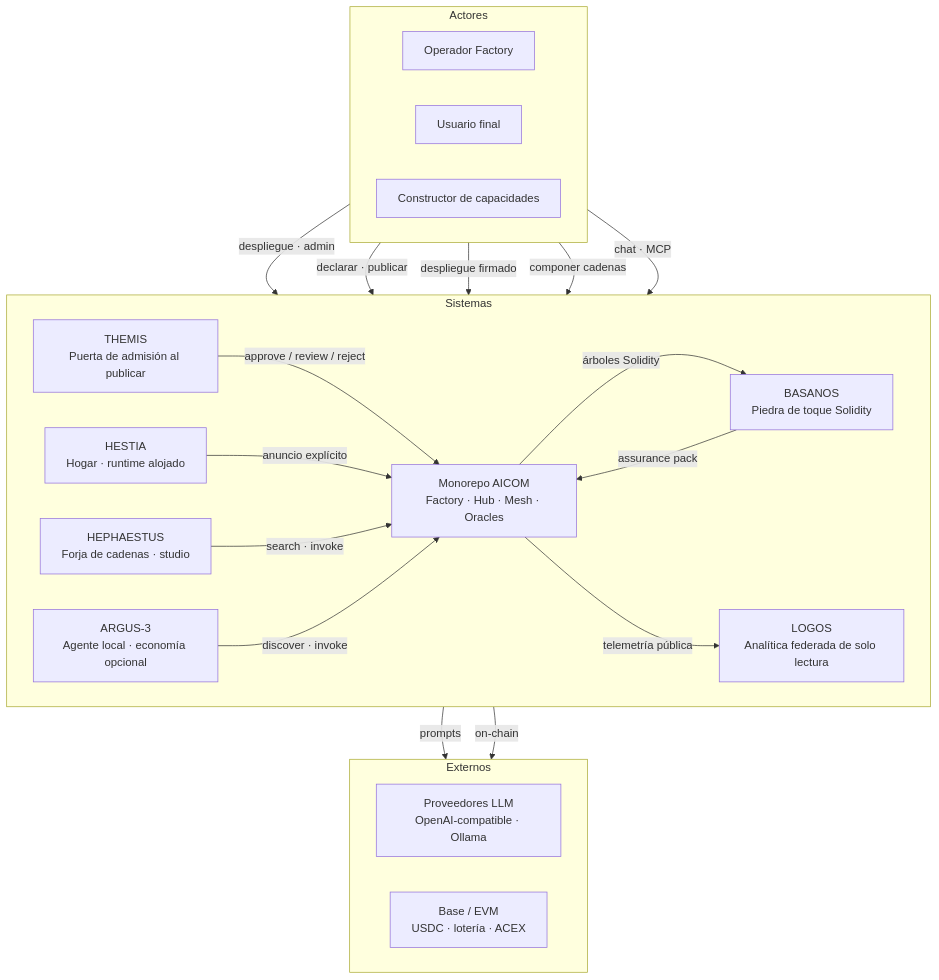
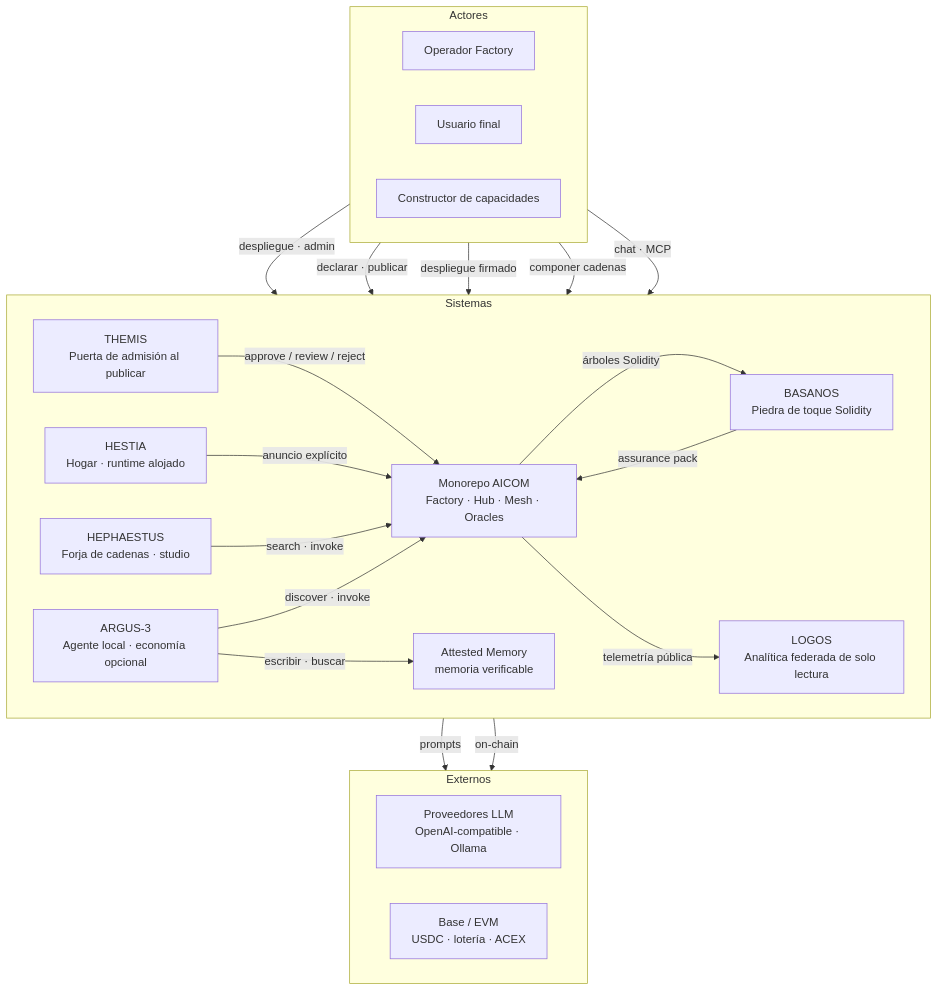
One commit to alexar76/aicom changed the second of 5 diagrams in docs/ecosystem/whitepaper/es.md. Above: the diagram before and after it, drawn with Mermaid. The commit also changed other lines of this file and 99 other files, not shown here.

````diff
--- a/docs/ecosystem/whitepaper/es.md
+++ b/docs/ecosystem/whitepaper/es.md
@@ -144,41 +147,43 @@
 ```mermaid
 flowchart TB
   subgraph actors["Actores"]
     direction LR
     operator["Operador Factory"]
     enduser["Usuario final"]
     builder["Constructor de capacidades"]
   end
 
   subgraph systems["Sistemas"]
     direction LR
     aicom["Monorepo AICOM<br/>Factory · Hub · Mesh · Oracles"]
     themis["THEMIS<br/>Puerta de admisión al publicar"]
     hestia["HESTIA<br/>Hogar · runtime alojado"]
     basanos["BASANOS<br/>Piedra de toque Solidity"]
     hephaestus["HEPHAESTUS<br/>Forja de cadenas · studio"]
     logos["LOGOS<br/>Analítica federada de solo lectura"]
     argus["ARGUS-3<br/>Agente local · economía opcional"]
+    memory["Attested Memory<br/>memoria verificable"]
   end
 
   subgraph external["Externos"]
     direction LR
     llm["Proveedores LLM<br/>OpenAI-compatible · Ollama"]
     chain["Base / EVM<br/>USDC · lotería · ACEX"]
   end
 
   operator -->|despliegue · admin| aicom
   builder -->|declarar · publicar| themis
   themis -->|"approve / review / reject"| aicom
   builder -->|despliegue firmado| hestia
   hestia -->|anuncio explícito| aicom
   enduser -->|componer cadenas| hephaestus
   hephaestus -->|search · invoke| aicom
   aicom -->|árboles Solidity| basanos
   basanos -->|assurance pack| aicom
   enduser -->|chat · MCP| argus
   argus -->|discover · invoke| aicom
+  argus -->|escribir · buscar| memory
   aicom -->|telemetría pública| logos
   aicom -->|prompts| llm
   aicom -->|on-chain| chain
 ```
````
